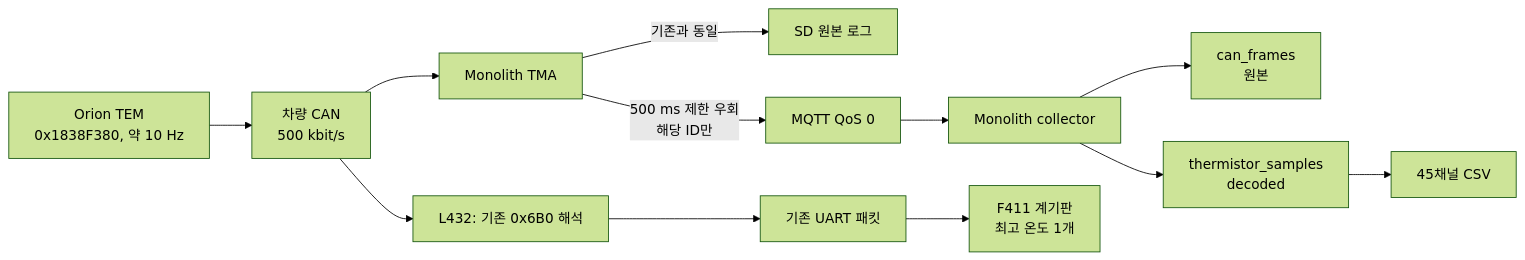
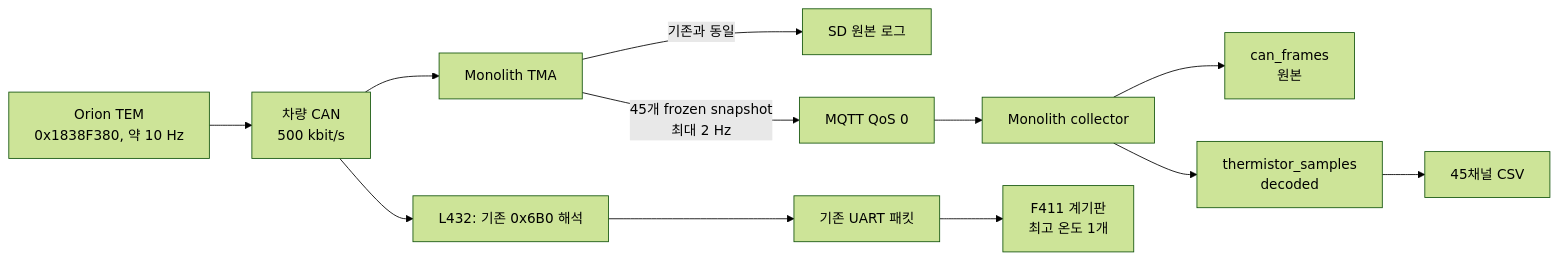
Before and after one commit to LIGHT-ON-APPS/LIGTH-ON: the diagram in TEM_45CH_DATA_PIPELINE_CHANGE.md, drawn with Mermaid (forest theme). The commit also changed other lines of this file and 9 other files, not shown here.

````diff
--- a/TEM_45CH_DATA_PIPELINE_CHANGE.md
+++ b/TEM_45CH_DATA_PIPELINE_CHANGE.md
@@ -52,15 +53,15 @@
 ```mermaid
 flowchart LR
     TEM["Orion TEM<br/>0x1838F380, 약 10 Hz"] --> BUS["차량 CAN<br/>500 kbit/s"]
     BUS --> TMA["Monolith TMA"]
     TMA -->|"기존과 동일"| SD["SD 원본 로그"]
-    TMA -->|"500 ms 제한 우회<br/>해당 ID만"| MQTT["MQTT QoS 0"]
+    TMA -->|"45개 frozen snapshot<br/>최대 2 Hz"| MQTT["MQTT QoS 0"]
     MQTT --> COL["Monolith collector"]
     COL --> RAW["can_frames<br/>원본"]
     COL --> DEC["thermistor_samples<br/>decoded"]
     DEC --> CSV["45채널 CSV"]
 
     BUS --> L432["L432: 기존 0x6B0 해석"]
     L432 --> UART["기존 UART 패킷"]
     UART --> DASH["F411 계기판<br/>최고 온도 1개"]
 ```
````
